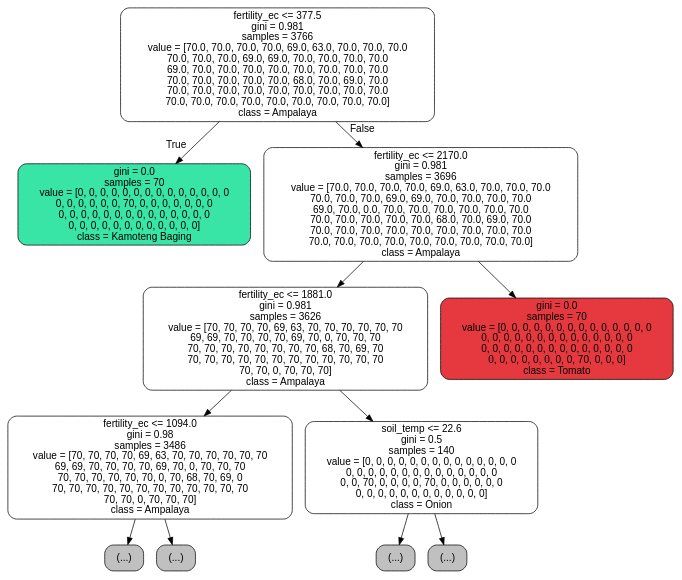
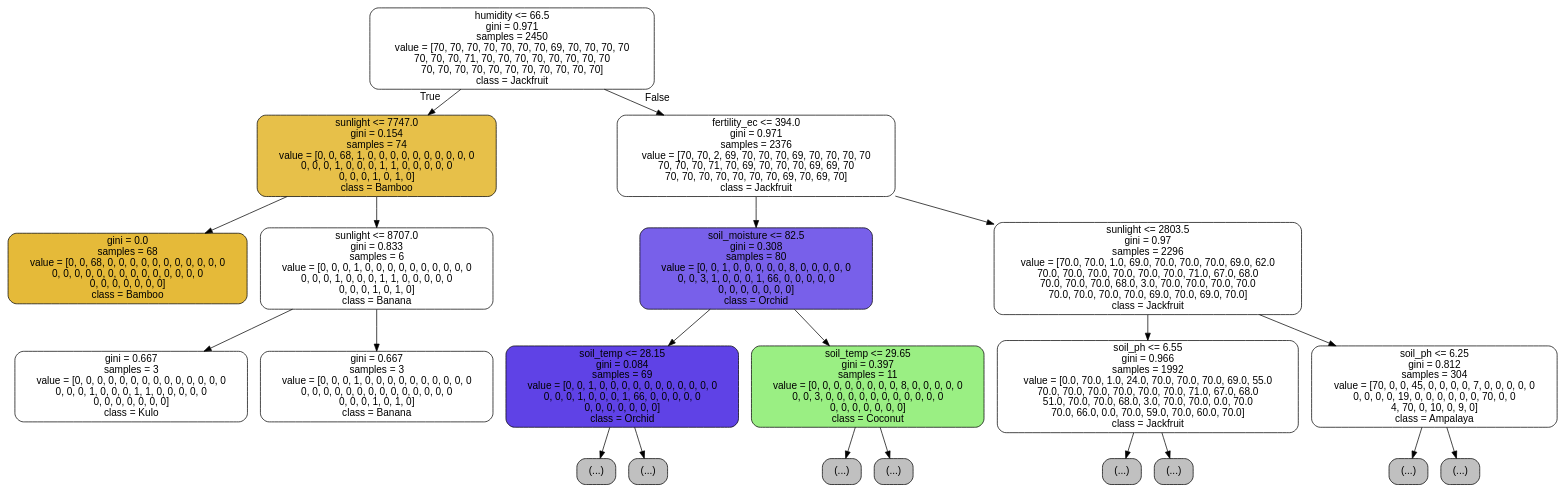
The diagram in precomputation/decision_tree.dot (CyrusUmali/AiCROP), drawn with Graphviz before and after one commit. The commit also changed 85 other files, not shown here.

```diff
--- a/precomputation/decision_tree.dot
+++ b/precomputation/decision_tree.dot
@@ -1,25 +1,45 @@
 digraph Tree {
 node [shape=box, style="filled, rounded", color="black", fontname="helvetica"] ;
 edge [fontname="helvetica"] ;
-0 [label="fertility_ec <= 377.5\ngini = 0.981\nsamples = 3766\nvalue = [70.0, 70.0, 70.0, 70.0, 69.0, 63.0, 70.0, 70.0, 70.0\n70.0, 70.0, 70.0, 69.0, 69.0, 70.0, 70.0, 70.0, 70.0\n69.0, 70.0, 70.0, 70.0, 70.0, 70.0, 70.0, 70.0, 70.0\n70.0, 70.0, 70.0, 70.0, 70.0, 68.0, 70.0, 69.0, 70.0\n70.0, 70.0, 70.0, 70.0, 70.0, 70.0, 70.0, 70.0, 70.0\n70.0, 70.0, 70.0, 70.0, 70.0, 70.0, 70.0, 70.0, 70.0]\nclass = Ampalaya", fillcolor="#ffffff"] ;
-1 [label="gini = 0.0\nsamples = 70\nvalue = [0, 0, 0, 0, 0, 0, 0, 0, 0, 0, 0, 0, 0, 0\n0, 0, 0, 0, 0, 0, 70, 0, 0, 0, 0, 0, 0, 0\n0, 0, 0, 0, 0, 0, 0, 0, 0, 0, 0, 0, 0, 0\n0, 0, 0, 0, 0, 0, 0, 0, 0, 0, 0, 0]\nclass = Kamoteng Baging", fillcolor="#39e5a6"] ;
+0 [label="humidity <= 66.5\ngini = 0.971\nsamples = 2450\nvalue = [70, 70, 70, 70, 70, 70, 70, 69, 70, 70, 70, 70\n70, 70, 70, 71, 70, 70, 70, 70, 70, 70, 70, 70\n70, 70, 70, 70, 70, 70, 70, 70, 70, 70, 70]\nclass = Jackfruit", fillcolor="#ffffff"] ;
+1 [label="sunlight <= 7747.0\ngini = 0.154\nsamples = 74\nvalue = [0, 0, 68, 1, 0, 0, 0, 0, 0, 0, 0, 0, 0, 0\n0, 0, 0, 1, 0, 0, 0, 1, 1, 0, 0, 0, 0, 0\n0, 0, 0, 1, 0, 1, 0]\nclass = Bamboo", fillcolor="#e7c049"] ;
 0 -> 1 [labeldistance=2.5, labelangle=45, headlabel="True"] ;
-2 [label="fertility_ec <= 2170.0\ngini = 0.981\nsamples = 3696\nvalue = [70.0, 70.0, 70.0, 70.0, 69.0, 63.0, 70.0, 70.0, 70.0\n70.0, 70.0, 70.0, 69.0, 69.0, 70.0, 70.0, 70.0, 70.0\n69.0, 70.0, 0.0, 70.0, 70.0, 70.0, 70.0, 70.0, 70.0\n70.0, 70.0, 70.0, 70.0, 70.0, 68.0, 70.0, 69.0, 70.0\n70.0, 70.0, 70.0, 70.0, 70.0, 70.0, 70.0, 70.0, 70.0\n70.0, 70.0, 70.0, 70.0, 70.0, 70.0, 70.0, 70.0, 70.0]\nclass = Ampalaya", fillcolor="#ffffff"] ;
-0 -> 2 [labeldistance=2.5, labelangle=-45, headlabel="False"] ;
-3 [label="fertility_ec <= 1881.0\ngini = 0.981\nsamples = 3626\nvalue = [70, 70, 70, 70, 69, 63, 70, 70, 70, 70, 70, 70\n69, 69, 70, 70, 70, 70, 69, 70, 0, 70, 70, 70\n70, 70, 70, 70, 70, 70, 70, 70, 68, 70, 69, 70\n70, 70, 70, 70, 70, 70, 70, 70, 70, 70, 70, 70\n70, 70, 0, 70, 70, 70]\nclass = Ampalaya", fillcolor="#ffffff"] ;
-2 -> 3 ;
-4 [label="fertility_ec <= 1094.0\ngini = 0.98\nsamples = 3486\nvalue = [70, 70, 70, 70, 69, 63, 70, 70, 70, 70, 70, 70\n69, 69, 70, 70, 70, 70, 69, 70, 0, 70, 70, 70\n70, 70, 70, 70, 70, 70, 0, 70, 68, 70, 69, 0\n70, 70, 70, 70, 70, 70, 70, 70, 70, 70, 70, 70\n70, 70, 0, 70, 70, 70]\nclass = Ampalaya", fillcolor="#ffffff"] ;
+2 [label="gini = 0.0\nsamples = 68\nvalue = [0, 0, 68, 0, 0, 0, 0, 0, 0, 0, 0, 0, 0, 0\n0, 0, 0, 0, 0, 0, 0, 0, 0, 0, 0, 0, 0, 0\n0, 0, 0, 0, 0, 0, 0]\nclass = Bamboo", fillcolor="#e5ba39"] ;
+1 -> 2 ;
+3 [label="sunlight <= 8707.0\ngini = 0.833\nsamples = 6\nvalue = [0, 0, 0, 1, 0, 0, 0, 0, 0, 0, 0, 0, 0, 0\n0, 0, 0, 1, 0, 0, 0, 1, 1, 0, 0, 0, 0, 0\n0, 0, 0, 1, 0, 1, 0]\nclass = Banana", fillcolor="#ffffff"] ;
+1 -> 3 ;
+4 [label="gini = 0.667\nsamples = 3\nvalue = [0, 0, 0, 0, 0, 0, 0, 0, 0, 0, 0, 0, 0, 0\n0, 0, 0, 1, 0, 0, 0, 1, 1, 0, 0, 0, 0, 0\n0, 0, 0, 0, 0, 0, 0]\nclass = Kulo", fillcolor="#ffffff"] ;
 3 -> 4 ;
-5 [label="(...)", fillcolor="#C0C0C0"] ;
-4 -> 5 ;
-630 [label="(...)", fillcolor="#C0C0C0"] ;
-4 -> 630 ;
-731 [label="soil_temp <= 22.6\ngini = 0.5\nsamples = 140\nvalue = [0, 0, 0, 0, 0, 0, 0, 0, 0, 0, 0, 0, 0, 0\n0, 0, 0, 0, 0, 0, 0, 0, 0, 0, 0, 0, 0, 0\n0, 0, 70, 0, 0, 0, 0, 70, 0, 0, 0, 0, 0, 0\n0, 0, 0, 0, 0, 0, 0, 0, 0, 0, 0, 0]\nclass = Onion", fillcolor="#ffffff"] ;
-3 -> 731 ;
-732 [label="(...)", fillcolor="#C0C0C0"] ;
-731 -> 732 ;
-733 [label="(...)", fillcolor="#C0C0C0"] ;
-731 -> 733 ;
-734 [label="gini = 0.0\nsamples = 70\nvalue = [0, 0, 0, 0, 0, 0, 0, 0, 0, 0, 0, 0, 0, 0\n0, 0, 0, 0, 0, 0, 0, 0, 0, 0, 0, 0, 0, 0\n0, 0, 0, 0, 0, 0, 0, 0, 0, 0, 0, 0, 0, 0\n0, 0, 0, 0, 0, 0, 0, 0, 70, 0, 0, 0]\nclass = Tomato", fillcolor="#e5393f"] ;
-2 -> 734 ;
+5 [label="gini = 0.667\nsamples = 3\nvalue = [0, 0, 0, 1, 0, 0, 0, 0, 0, 0, 0, 0, 0, 0\n0, 0, 0, 0, 0, 0, 0, 0, 0, 0, 0, 0, 0, 0\n0, 0, 0, 1, 0, 1, 0]\nclass = Banana", fillcolor="#ffffff"] ;
+3 -> 5 ;
+6 [label="fertility_ec <= 394.0\ngini = 0.971\nsamples = 2376\nvalue = [70, 70, 2, 69, 70, 70, 70, 69, 70, 70, 70, 70\n70, 70, 70, 71, 70, 69, 70, 70, 70, 69, 69, 70\n70, 70, 70, 70, 70, 70, 70, 69, 70, 69, 70]\nclass = Jackfruit", fillcolor="#ffffff"] ;
+0 -> 6 [labeldistance=2.5, labelangle=-45, headlabel="False"] ;
+7 [label="soil_moisture <= 82.5\ngini = 0.308\nsamples = 80\nvalue = [0, 0, 1, 0, 0, 0, 0, 0, 8, 0, 0, 0, 0, 0\n0, 0, 3, 1, 0, 0, 0, 1, 66, 0, 0, 0, 0, 0\n0, 0, 0, 0, 0, 0, 0]\nclass = Orchid", fillcolor="#7860ea"] ;
+6 -> 7 ;
+8 [label="soil_temp <= 28.15\ngini = 0.084\nsamples = 69\nvalue = [0, 0, 1, 0, 0, 0, 0, 0, 0, 0, 0, 0, 0, 0\n0, 0, 0, 1, 0, 0, 0, 1, 66, 0, 0, 0, 0, 0\n0, 0, 0, 0, 0, 0, 0]\nclass = Orchid", fillcolor="#5f42e6"] ;
+7 -> 8 ;
+9 [label="(...)", fillcolor="#C0C0C0"] ;
+8 -> 9 ;
+10 [label="(...)", fillcolor="#C0C0C0"] ;
+8 -> 10 ;
+13 [label="soil_temp <= 29.65\ngini = 0.397\nsamples = 11\nvalue = [0, 0, 0, 0, 0, 0, 0, 0, 8, 0, 0, 0, 0, 0\n0, 0, 3, 0, 0, 0, 0, 0, 0, 0, 0, 0, 0, 0\n0, 0, 0, 0, 0, 0, 0]\nclass = Coconut", fillcolor="#9aef83"] ;
+7 -> 13 ;
+14 [label="(...)", fillcolor="#C0C0C0"] ;
+13 -> 14 ;
+15 [label="(...)", fillcolor="#C0C0C0"] ;
+13 -> 15 ;
+16 [label="sunlight <= 2803.5\ngini = 0.97\nsamples = 2296\nvalue = [70.0, 70.0, 1.0, 69.0, 70.0, 70.0, 70.0, 69.0, 62.0\n70.0, 70.0, 70.0, 70.0, 70.0, 70.0, 71.0, 67.0, 68.0\n70.0, 70.0, 70.0, 68.0, 3.0, 70.0, 70.0, 70.0, 70.0\n70.0, 70.0, 70.0, 70.0, 69.0, 70.0, 69.0, 70.0]\nclass = Jackfruit", fillcolor="#ffffff"] ;
+6 -> 16 ;
+17 [label="soil_ph <= 6.55\ngini = 0.966\nsamples = 1992\nvalue = [0.0, 70.0, 1.0, 24.0, 70.0, 70.0, 70.0, 69.0, 55.0\n70.0, 70.0, 70.0, 70.0, 70.0, 70.0, 71.0, 67.0, 68.0\n51.0, 70.0, 70.0, 68.0, 3.0, 70.0, 70.0, 0.0, 70.0\n70.0, 66.0, 0.0, 70.0, 59.0, 70.0, 60.0, 70.0]\nclass = Jackfruit", fillcolor="#ffffff"] ;
+16 -> 17 ;
+18 [label="(...)", fillcolor="#C0C0C0"] ;
+17 -> 18 ;
+499 [label="(...)", fillcolor="#C0C0C0"] ;
+17 -> 499 ;
+688 [label="soil_ph <= 6.25\ngini = 0.812\nsamples = 304\nvalue = [70, 0, 0, 45, 0, 0, 0, 0, 7, 0, 0, 0, 0, 0\n0, 0, 0, 0, 19, 0, 0, 0, 0, 0, 0, 70, 0, 0\n4, 70, 0, 10, 0, 9, 0]\nclass = Ampalaya", fillcolor="#ffffff"] ;
+16 -> 688 ;
+689 [label="(...)", fillcolor="#C0C0C0"] ;
+688 -> 689 ;
+714 [label="(...)", fillcolor="#C0C0C0"] ;
+688 -> 714 ;
 }
```
